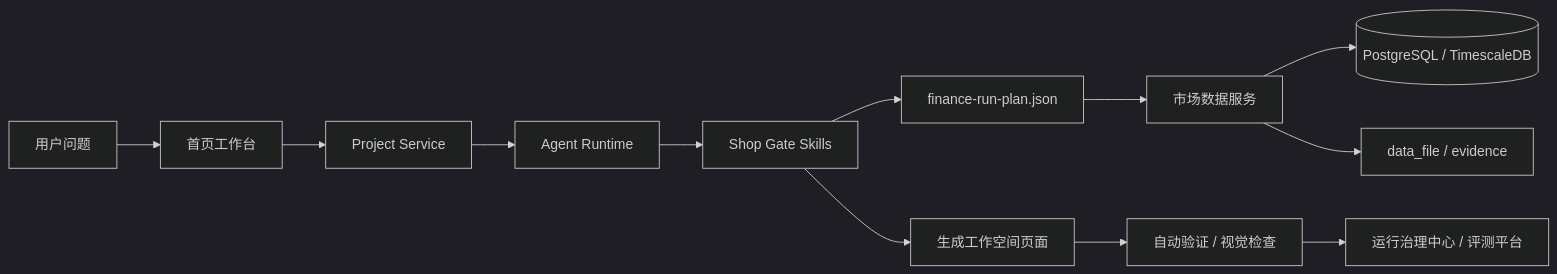
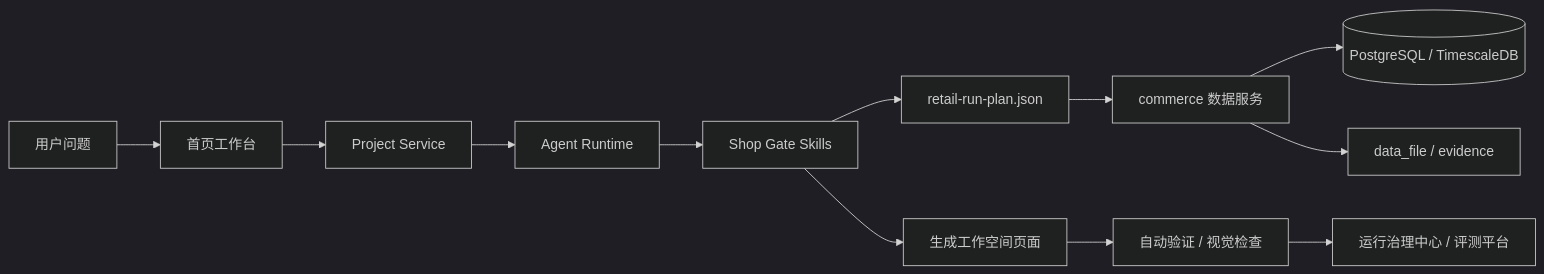
Before and after one commit to betterkite/shop-gate: the diagram in docs/internal-components.md, drawn with Mermaid (dark theme). The commit also changed other lines of this file and 42 other files, not shown here.

````diff
--- a/docs/internal-components.md
+++ b/docs/internal-components.md
@@ -26,14 +26,14 @@
 ```mermaid
 flowchart LR
   U[用户问题] --> H[首页工作台]
   H --> P[Project Service]
   P --> A[Agent Runtime]
   A --> S[Shop Gate Skills]
-  S --> RP[finance-run-plan.json]
-  RP --> MD[市场数据服务]
+  S --> RP[retail-run-plan.json]
+  RP --> MD[commerce 数据服务]
   MD --> DB[(PostgreSQL / TimescaleDB)]
   MD --> DF[data_file / evidence]
   S --> WS[生成工作空间页面]
   WS --> V[自动验证 / 视觉检查]
   V --> OP[运行治理中心 / 评测平台]
 ```
````
